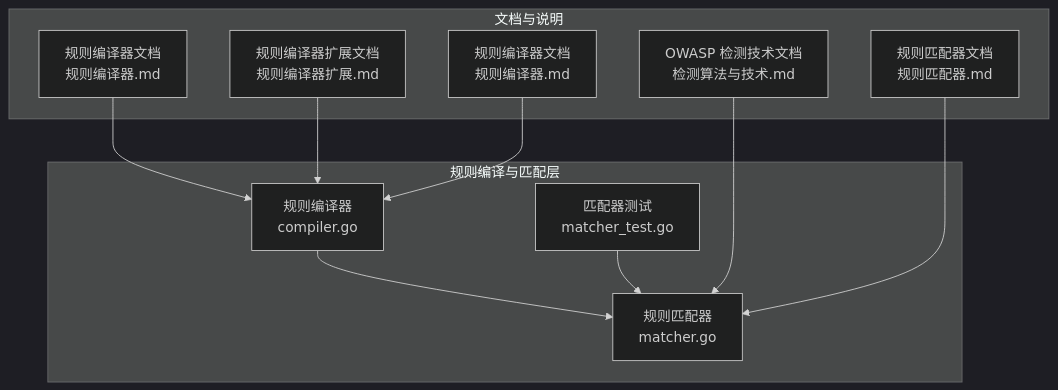
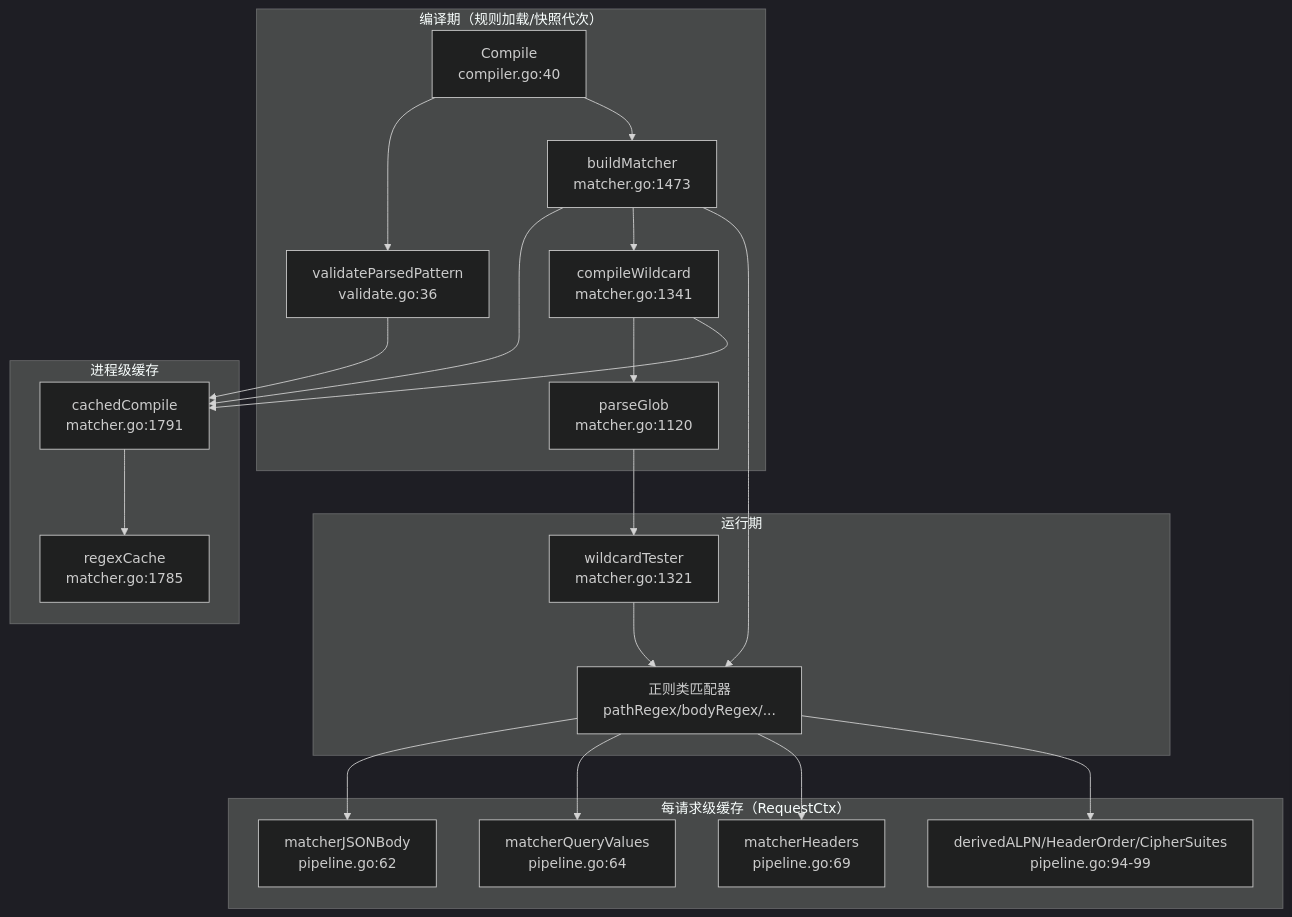
Before and after one commit to x01n/My-OpenWaf: the first of 4 diagrams in docs/WAF 引擎系统/规则匹配器/正则表达式优化.md, drawn with Mermaid (dark theme). The commit also changed other lines of this file and 622 other files, not shown here.

````diff
--- a/docs/WAF 引擎系统/规则匹配器/正则表达式优化.md
+++ b/docs/WAF 引擎系统/规则匹配器/正则表达式优化.md
@@ -39,22 +43,39 @@
 ```mermaid
 graph TB
-subgraph "规则编译与匹配层"
-Compiler["规则编译器<br/>compiler.go"]
-Matcher["规则匹配器<br/>matcher.go"]
-Tests["匹配器测试<br/>matcher_test.go"]
+subgraph "编译期（规则加载/快照代次）"
+CP["Compile<br/>compiler.go:40"]
+BM["buildMatcher<br/>matcher.go:1473"]
+CW["compileWildcard<br/>matcher.go:1341"]
+PG["parseGlob<br/>matcher.go:1120"]
+VP["validateParsedPattern<br/>validate.go:36"]
 end
-subgraph "文档与说明"
-Doc1["规则编译器文档<br/>规则编译器.md"]
-Doc2["规则编译器扩展文档<br/>规则编译器扩展.md"]
-Doc3["OWASP 检测技术文档<br/>检测算法与技术.md"]
-Doc4["规则匹配器文档<br/>规则匹配器.md"]
-Doc5["规则编译器文档<br/>规则编译器.md"]
+subgraph "进程级缓存"
+RC["regexCache<br/>matcher.go:1785"]
+CC["cachedCompile<br/>matcher.go:1791"]
 end
-Compiler --> Matcher
-Tests --> Matcher
-Doc1 --> Compiler
-Doc2 --> Compiler
-Doc3 --> Matcher
-Doc4 --> Matcher
-Doc5 --> Compiler
+subgraph "每请求级缓存（RequestCtx）"
+JB["matcherJSONBody<br/>pipeline.go:62"]
+QV["matcherQueryValues<br/>pipeline.go:64"]
+MH["matcherHeaders<br/>pipeline.go:69"]
+DH["derivedALPN/HeaderOrder/CipherSuites<br/>pipeline.go:94-99"]
+end
+subgraph "运行期"
+WT["wildcardTester<br/>matcher.go:1321"]
+RM["正则类匹配器<br/>pathRegex/bodyRegex/..."]
+end
+CP --> VP
+VP --> CC
+CP --> BM
+BM --> CC
+BM --> CW
+CW --> PG
+CW --> CC
+PG --> WT
+CC --> RC
+BM --> RM
+RM --> JB
+RM --> QV
+RM --> MH
+RM --> DH
+WT --> RM
 ```
````
